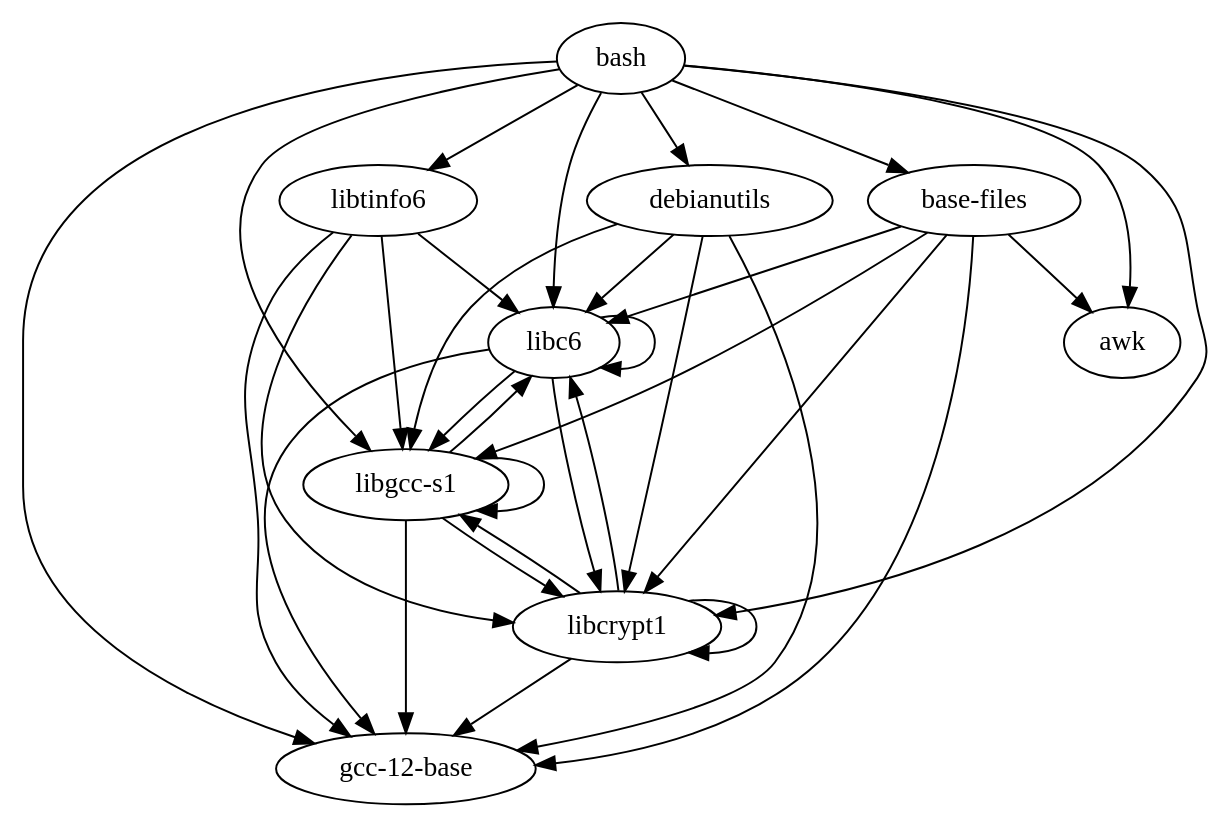
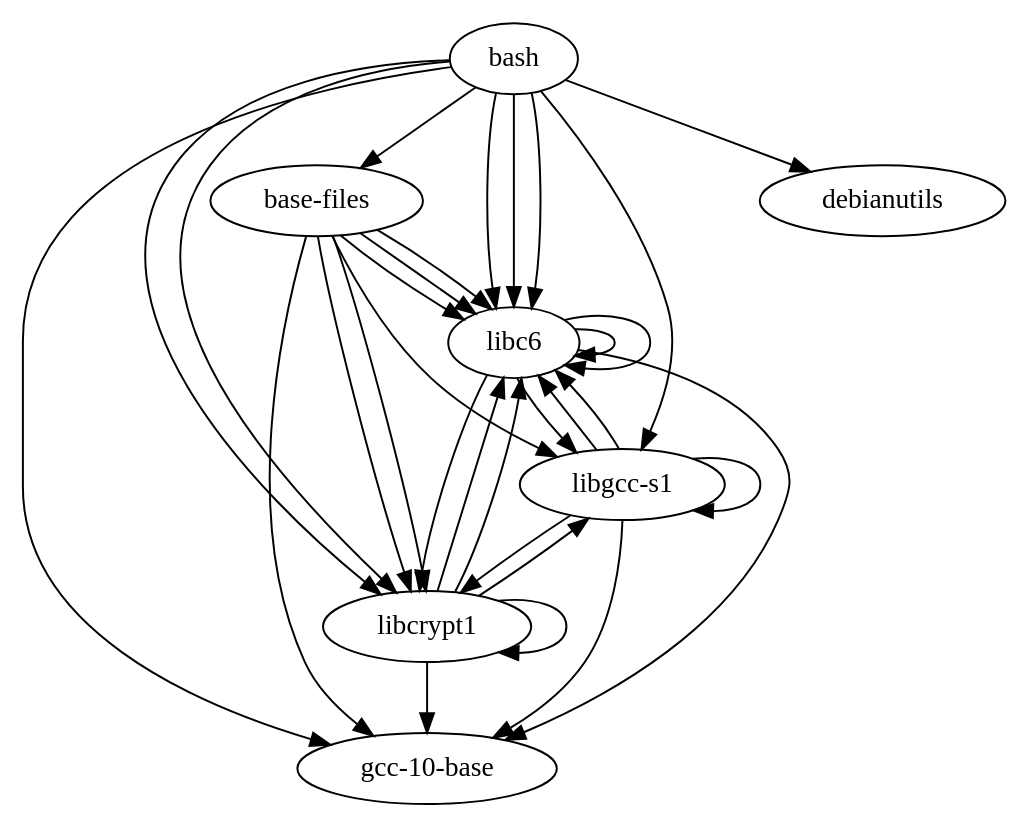
Before and after one commit to vbokhanov/Configuration_Practice_2: the diagram in output.dot, drawn with Graphviz. The commit also changed 3 other files, not shown here.

```diff
--- a/output.dot
+++ b/output.dot
@@ -1,36 +1,34 @@
 // Dependency graph for bash
 digraph {
-	bash -> libc6
+	bash -> "base-files"
+	"base-files" -> libc6
 	libc6 -> "libgcc-s1"
-	"libgcc-s1" -> "gcc-12-base"
+	"libgcc-s1" -> "gcc-10-base"
 	"libgcc-s1" -> libc6
 	"libgcc-s1" -> "libgcc-s1"
 	"libgcc-s1" -> libcrypt1
 	libcrypt1 -> libc6
 	libcrypt1 -> "libgcc-s1"
-	libcrypt1 -> "gcc-12-base"
 	libcrypt1 -> libcrypt1
-	libc6 -> "gcc-12-base"
+	libcrypt1 -> "gcc-10-base"
+	libcrypt1 -> libc6
+	"libgcc-s1" -> libc6
+	libc6 -> libcrypt1
+	libc6 -> "gcc-10-base"
 	libc6 -> libc6
-	libc6 -> libcrypt1
+	libc6 -> libc6
+	"base-files" -> libcrypt1
+	"base-files" -> "libgcc-s1"
+	"base-files" -> libcrypt1
+	"base-files" -> "gcc-10-base"
+	"base-files" -> libc6
+	"base-files" -> libc6
+	bash -> debianutils
+	bash -> libc6
+	bash -> libcrypt1
 	bash -> "libgcc-s1"
-	bash -> "gcc-12-base"
 	bash -> libcrypt1
-	bash -> libtinfo6
-	libtinfo6 -> libc6
-	libtinfo6 -> "libgcc-s1"
-	libtinfo6 -> "gcc-12-base"
-	libtinfo6 -> libcrypt1
-	bash -> "base-files"
-	"base-files" -> <awk>
-	"base-files" -> libc6
-	"base-files" -> "libgcc-s1"
-	"base-files" -> "gcc-12-base"
-	"base-files" -> libcrypt1
-	bash -> <awk>
-	bash -> debianutils
-	debianutils -> libc6
-	debianutils -> "libgcc-s1"
-	debianutils -> "gcc-12-base"
-	debianutils -> libcrypt1
+	bash -> "gcc-10-base"
+	bash -> libc6
+	bash -> libc6
 }
```
